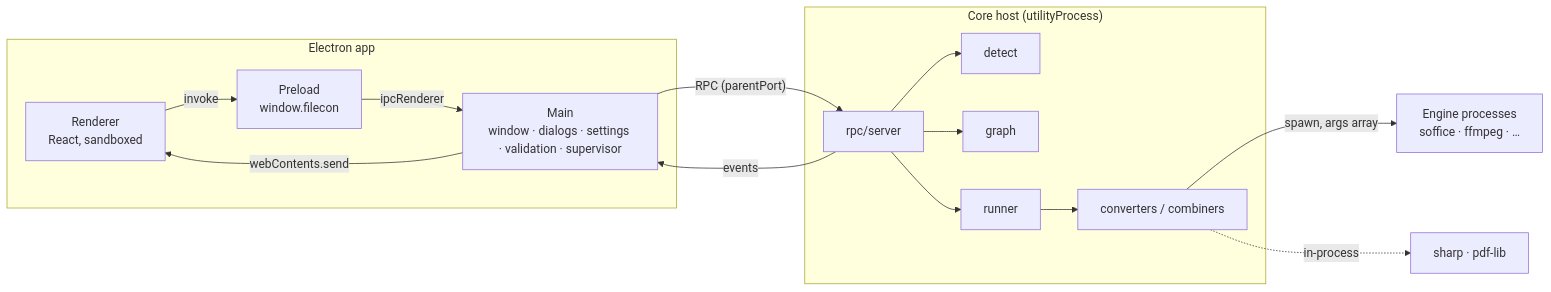
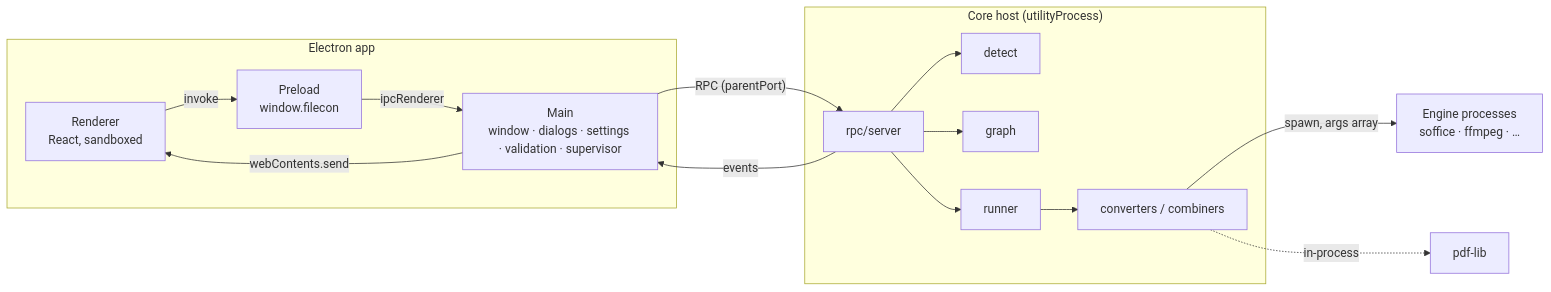
The first of 2 diagrams in docs/ARCHITECTURE.md (Anuragvish22/FileCon), drawn with Mermaid before and after one commit. The commit also changed other lines of this file and 18 other files, not shown here.

Commit message:
sharp runs in a killable child process (folder converters/sharp/), so cancel and timeout stop the CPU use too (P57); P60 parked for the per-step start cost and slow AVIF

````diff
--- a/docs/ARCHITECTURE.md
+++ b/docs/ARCHITECTURE.md
@@ -11,20 +11,20 @@
 ```mermaid
 flowchart LR
   subgraph App["Electron app"]
     R["Renderer<br/>React, sandboxed"]
     P["Preload<br/>window.filecon"]
     M["Main<br/>window · dialogs · settings · validation · supervisor"]
   end
   subgraph Core["Core host (utilityProcess)"]
     S["rpc/server"] --> D["detect"]
     S --> G["graph"]
     S --> J["runner"]
     J --> C["converters / combiners"]
   end
   E["Engine processes<br/>soffice · ffmpeg · …"]
   R -- invoke --> P -- ipcRenderer --> M
   M -- "RPC (parentPort)" --> S
   S -- "events" --> M -- "webContents.send" --> R
   C -- "spawn, args array" --> E
-  C -. "in-process" .-> L["sharp · pdf-lib"]
+  C -. "in-process" .-> L["pdf-lib"]
 ```
````
